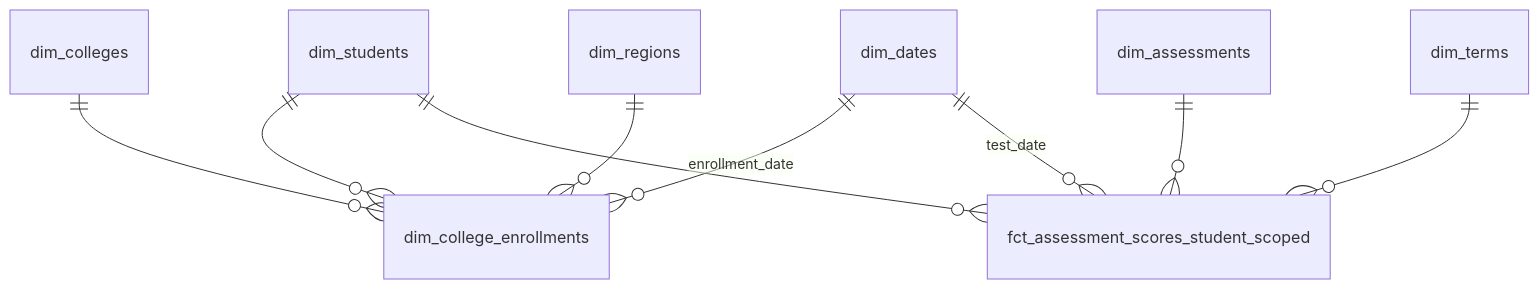
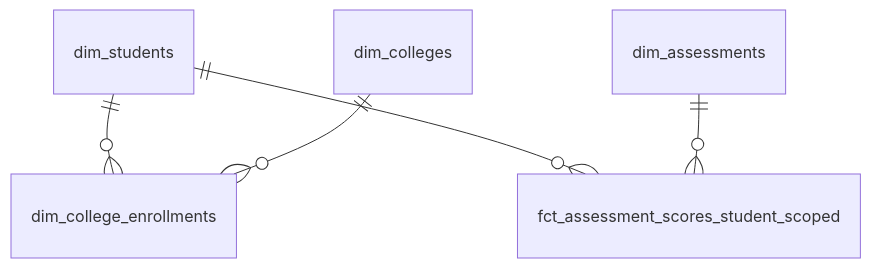
Before and after one commit to TEAMSchools/teamster: the fourth of 10 diagrams in docs/superpowers/specs/2026-03-27-star-schema-data-mart-design.md, drawn with Mermaid. The commit also changed other lines of this file, not shown here.

First line of the commit message:
docs: omit conformed dims from star-schema ERDs

````diff
--- a/docs/superpowers/specs/2026-03-27-star-schema-data-mart-design.md
+++ b/docs/superpowers/specs/2026-03-27-star-schema-data-mart-design.md
@@ -612,11 +602,7 @@
 ```mermaid
 erDiagram
     dim_students ||--o{ dim_college_enrollments : ""
     dim_colleges ||--o{ dim_college_enrollments : ""
     dim_students ||--o{ fct_assessment_scores_student_scoped : ""
     dim_assessments ||--o{ fct_assessment_scores_student_scoped : ""
-    dim_dates ||--o{ dim_college_enrollments : "enrollment_date"
-    dim_dates ||--o{ fct_assessment_scores_student_scoped : "test_date"
-    dim_terms ||--o{ fct_assessment_scores_student_scoped : ""
-    dim_regions ||--o{ dim_college_enrollments : ""
 ```
````
